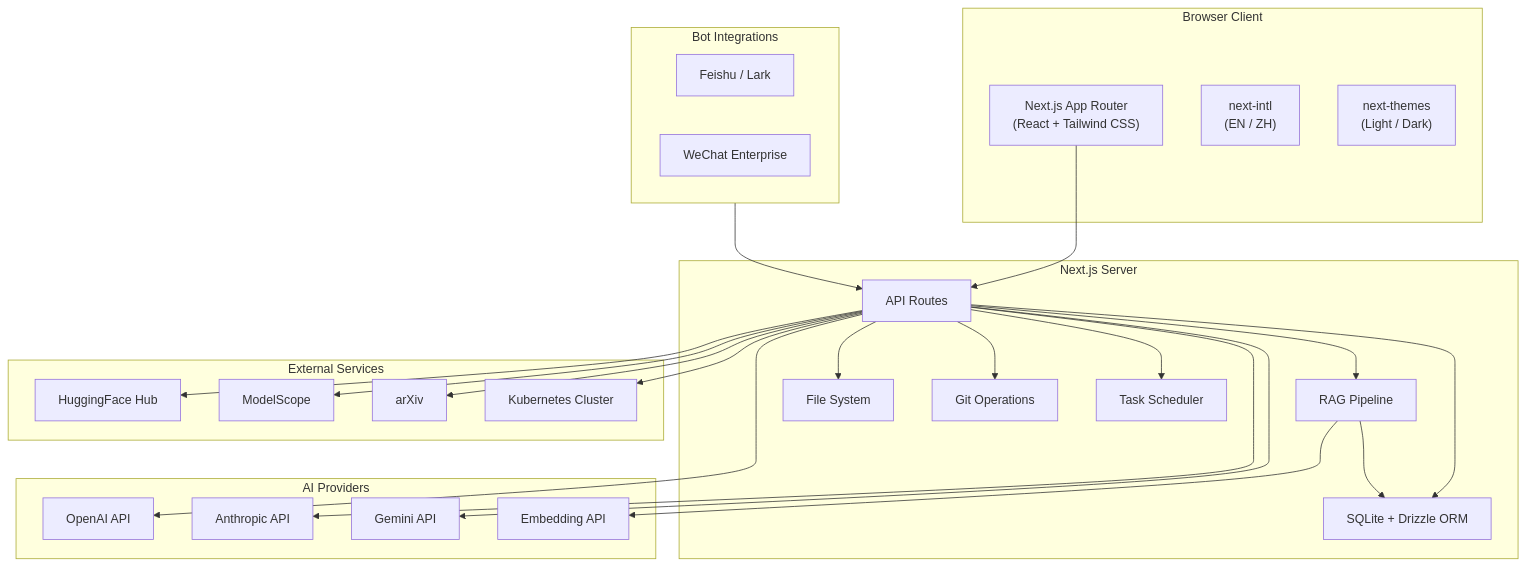
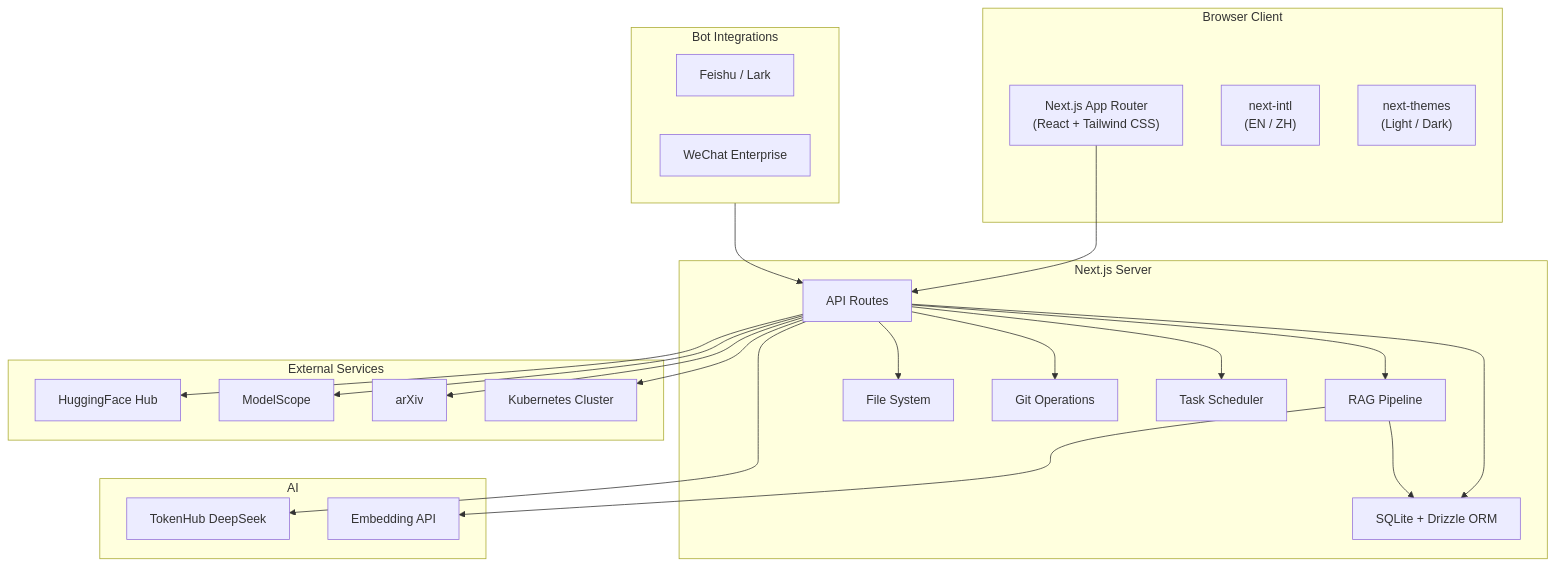
Before and after one commit to SpectrAI-Initiative/InnoClaw: the first of 2 diagrams in docs/getting-started/overview.md, drawn with Mermaid. The commit also changed other lines of this file and 363 other files, not shown here.

````diff
--- a/docs/getting-started/overview.md
+++ b/docs/getting-started/overview.md
@@ -29,53 +29,49 @@
 ```{mermaid}
 graph TB
     subgraph Client["Browser Client"]
         UI["Next.js App Router<br/>(React + Tailwind CSS)"]
         I18N["next-intl<br/>(EN / ZH)"]
         Theme["next-themes<br/>(Light / Dark)"]
     end
 
     subgraph Server["Next.js Server"]
         API["API Routes"]
         RAG["RAG Pipeline"]
         DB["SQLite + Drizzle ORM"]
         FS["File System"]
         Git["Git Operations"]
         Scheduler["Task Scheduler"]
     end
 
-    subgraph AI["AI Providers"]
-        OpenAI["OpenAI API"]
-        Anthropic["Anthropic API"]
-        Gemini["Gemini API"]
+    subgraph AI["AI"]
+        DeepSeek["TokenHub DeepSeek"]
         Embed["Embedding API"]
     end
 
     subgraph Bots["Bot Integrations"]
         Feishu["Feishu / Lark"]
         WeChat["WeChat Enterprise"]
     end
 
     subgraph External["External Services"]
         HF["HuggingFace Hub"]
         ModelScope["ModelScope"]
         ArXiv["arXiv"]
         K8s["Kubernetes Cluster"]
     end
 
     UI --> API
     API --> RAG
     API --> DB
     API --> FS
     API --> Git
     API --> Scheduler
     RAG --> Embed
     RAG --> DB
-    API --> OpenAI
-    API --> Anthropic
-    API --> Gemini
+    API --> DeepSeek
     API --> HF
     API --> ModelScope
     API --> ArXiv
     API --> K8s
     Bots --> API
 ```
````
